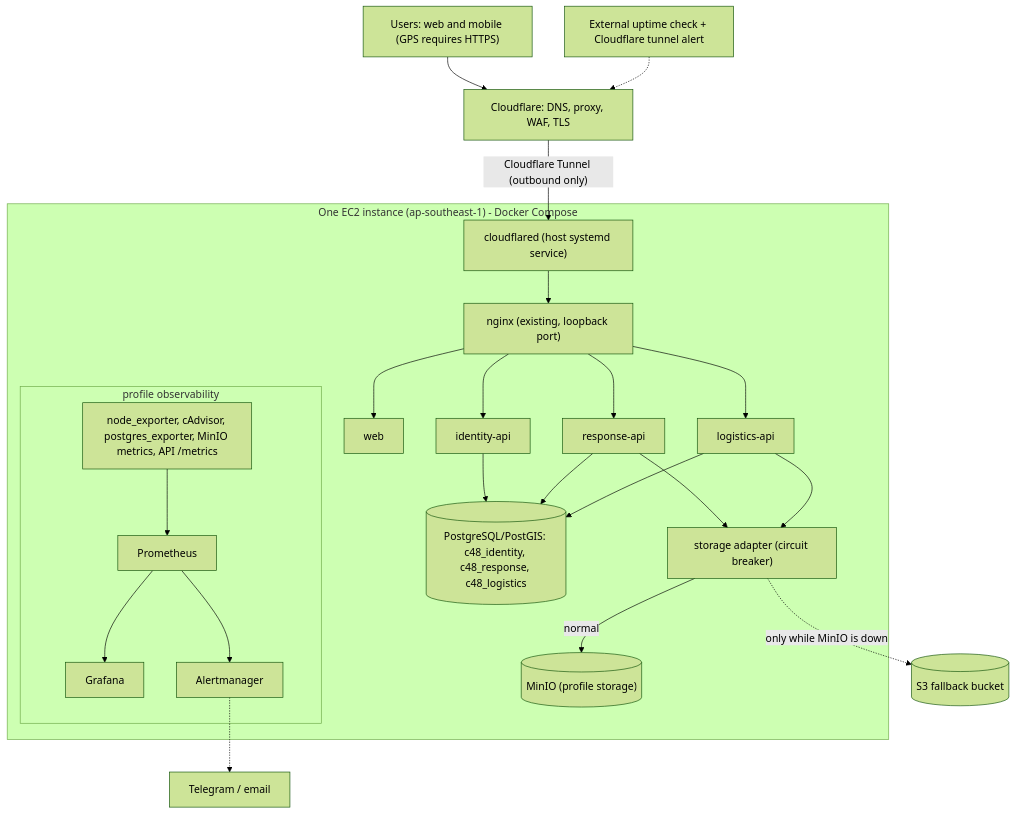
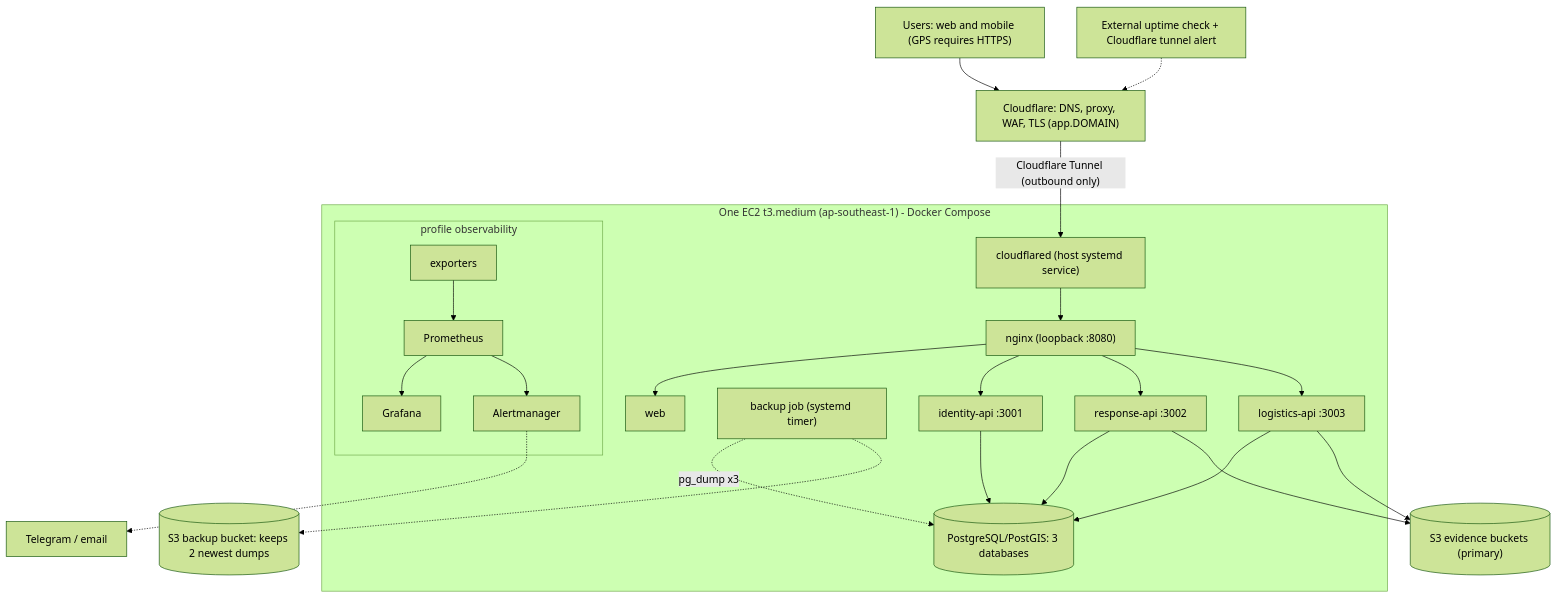
Before and after one commit to sangvirgo/disaster-relief-management: the diagram in docs/c48-deployment-architecture.md, drawn with Mermaid (forest theme). The commit also changed other lines of this file and 4 other files, not shown here.

````diff
--- a/docs/c48-deployment-architecture.md
+++ b/docs/c48-deployment-architecture.md
@@ -33,28 +36,28 @@
 ```mermaid
 flowchart TB
-    U["Users: web and mobile (GPS requires HTTPS)"] --> CF["Cloudflare: DNS, proxy, WAF, TLS"]
+    U["Users: web and mobile (GPS requires HTTPS)"] --> CF["Cloudflare: DNS, proxy, WAF, TLS (app.DOMAIN)"]
     CF -->|"Cloudflare Tunnel (outbound only)"| CFD["cloudflared (host systemd service)"]
 
-    subgraph EC2["One EC2 instance (ap-southeast-1) - Docker Compose"]
-        CFD --> NGX["nginx (existing, loopback port)"]
+    subgraph EC2["One EC2 t3.medium (ap-southeast-1) - Docker Compose"]
+        CFD --> NGX["nginx (loopback :8080)"]
         NGX --> WEB["web"]
-        NGX --> ID["identity-api"]
-        NGX --> RS["response-api"]
-        NGX --> LG["logistics-api"]
-        ID --> PG[("PostgreSQL/PostGIS: c48_identity, c48_response, c48_logistics")]
+        NGX --> ID["identity-api :3001"]
+        NGX --> RS["response-api :3002"]
+        NGX --> LG["logistics-api :3003"]
+        ID --> PG[("PostgreSQL/PostGIS: 3 databases")]
         RS --> PG
         LG --> PG
-        RS --> ST["storage adapter (circuit breaker)"]
-        LG --> ST
-        ST -->|normal| MINIO[("MinIO (profile storage)")]
+        BK["backup job (systemd timer)"] -.->|"pg_dump x3"| PG
         subgraph OBS["profile observability"]
-            PROM["Prometheus"] --> GRAF["Grafana"]
+            EXP["exporters"] --> PROM["Prometheus"]
+            PROM --> GRAF["Grafana"]
             PROM --> AM["Alertmanager"]
-            EXP["node_exporter, cAdvisor, postgres_exporter, MinIO metrics, API /metrics"] --> PROM
         end
     end
 
-    ST -.->|"only while MinIO is down"| S3[("S3 fallback bucket")]
+    RS --> S3E[("S3 evidence buckets (primary)")]
+    LG --> S3E
+    BK -.-> S3B[("S3 backup bucket: keeps 2 newest dumps")]
     EXT["External uptime check + Cloudflare tunnel alert"] -.-> CF
     AM -.-> NOTIFY["Telegram / email"]
 ```
````
